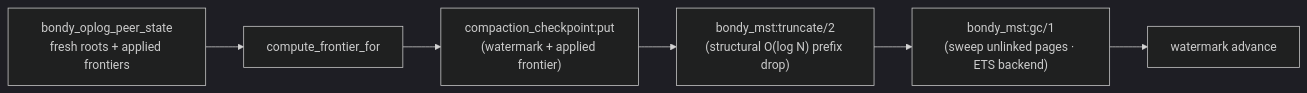
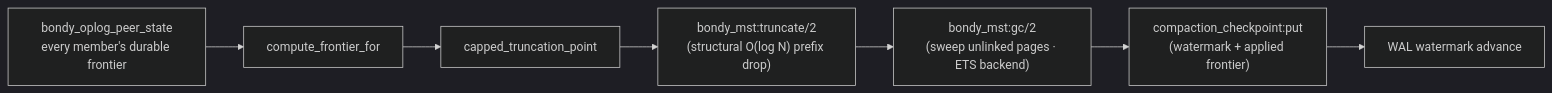
Before and after one commit to bondy-io/bondy: the eighth of 8 diagrams in apps/bondy_db/doc_extras/architecture/01_bondy_oplog.md, drawn with Mermaid (dark theme). The commit also changed other lines of this file and 449 other files, not shown here.

````diff
--- a/apps/bondy_db/doc_extras/architecture/01_bondy_oplog.md
+++ b/apps/bondy_db/doc_extras/architecture/01_bondy_oplog.md
@@ -500,12 +514,13 @@
 ```mermaid
 flowchart LR
-    PEERS["bondy_oplog_peer_state<br/>fresh roots + applied frontiers"]
+    PEERS["bondy_oplog_peer_state<br/>every member's durable frontier"]
     FRONT["compute_frontier_for"]
+    CAP["capped_truncation_point"]
+    TRUNC["bondy_mst:truncate/2<br/>(structural O(log N) prefix drop)"]
+    GC["bondy_mst:gc/2<br/>(sweep unlinked pages · ETS backend)"]
     CKPT["compaction_checkpoint:put<br/>(watermark + applied frontier)"]
-    TRUNC["bondy_mst:truncate/2<br/>(structural O(log N) prefix drop)"]
-    GC["bondy_mst:gc/1<br/>(sweep unlinked pages · ETS backend)"]
-    WM[watermark advance]
+    WM[WAL watermark advance]
 
-    PEERS --> FRONT --> CKPT --> TRUNC
-    TRUNC --> GC --> WM
+    PEERS --> FRONT --> CAP --> TRUNC --> GC
+    GC --> CKPT --> WM
 ```
````
